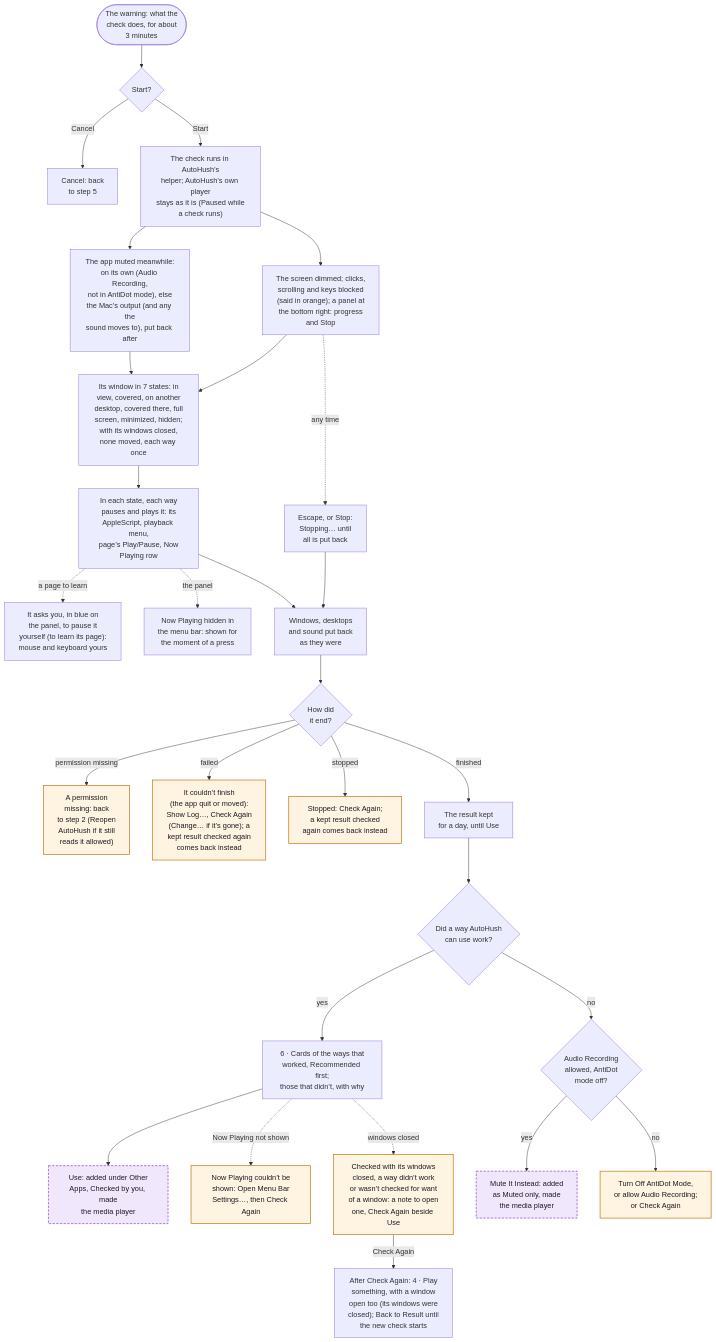
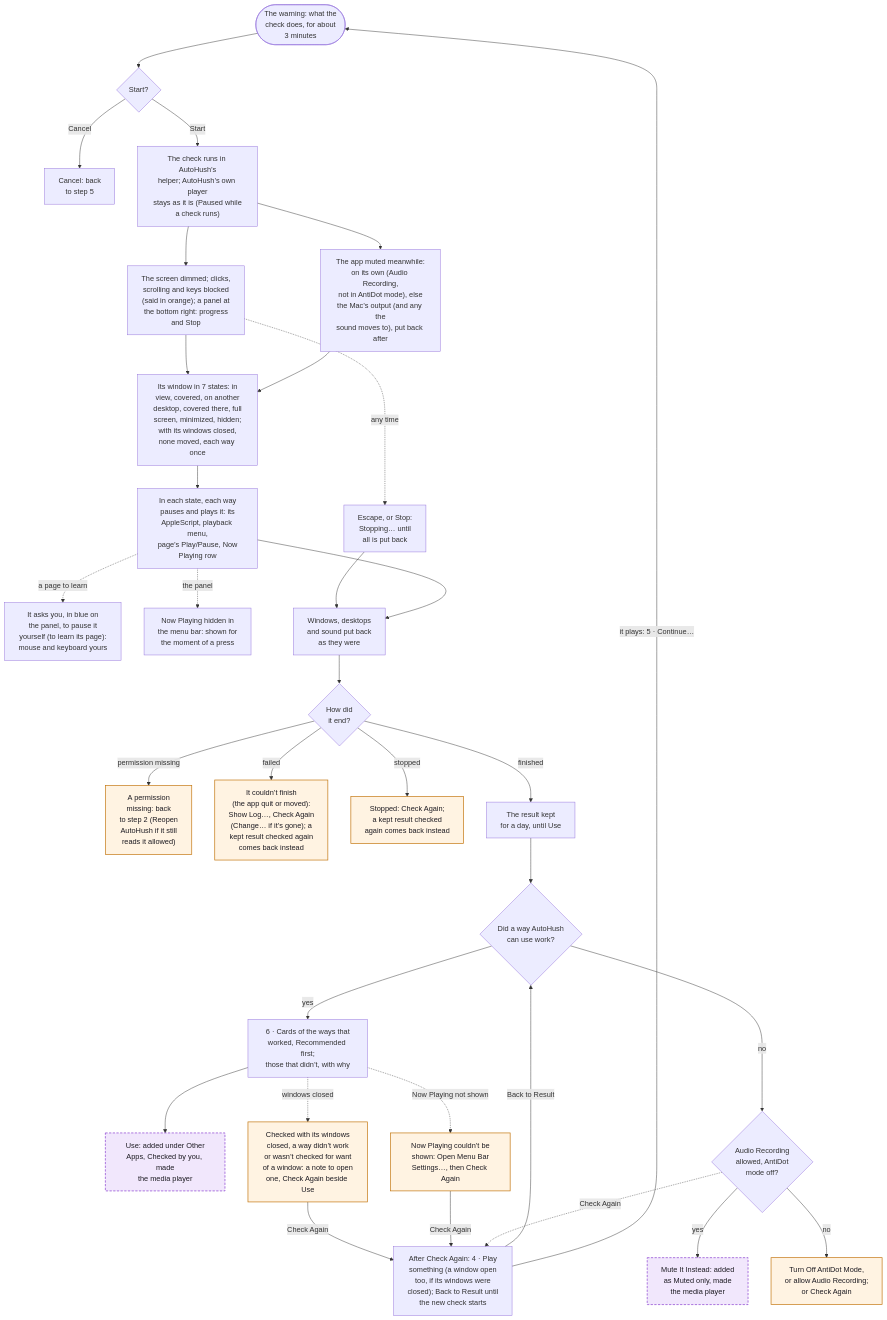
One commit to hfustercabre/AutoHush changed the tenth of 14 diagrams in WORKFLOWS.md. Above: the diagram before and after it, drawn with Mermaid. The commit also changed other lines of this file and 10 other files, not shown here.

````diff
--- a/WORKFLOWS.md
+++ b/WORKFLOWS.md
@@ -542,60 +542,64 @@
 ```mermaid
 flowchart TD
   WARN(["The warning: what the<br/>check does, for about<br/>3 minutes"])
   GO{"Start?"}
   BACK["Cancel: back<br/>to step 5"]
   RUN["The check runs in AutoHush’s<br/>helper; AutoHush’s own player<br/>stays as it is (Paused while<br/>a check runs)"]
   BLOCK["The screen dimmed; clicks,<br/>scrolling and keys blocked<br/>(said in orange); a panel at<br/>the bottom right: progress<br/>and Stop"]
   MUTE["The app muted meanwhile:<br/>on its own (Audio Recording,<br/>not in AntiDot mode), else<br/>the Mac’s output (and any the<br/>sound moves to), put back after"]
   STATES["Its window in 7 states: in<br/>view, covered, on another<br/>desktop, covered there, full<br/>screen, minimized, hidden;<br/>with its windows closed,<br/>none moved, each way once"]
   WAYS["In each state, each way<br/>pauses and plays it: its<br/>AppleScript, playback menu,<br/>page’s Play/Pause, Now<br/>Playing row"]
   ASK["It asks you, in blue on<br/>the panel, to pause it<br/>yourself (to learn its page):<br/>mouse and keyboard yours"]
   SHOW["Now Playing hidden in<br/>the menu bar: shown for<br/>the moment of a press"]
   STOP["Escape, or Stop:<br/>Stopping… until<br/>all is put back"]
   PUT["Windows, desktops<br/>and sound put back<br/>as they were"]
   HOW{"How did<br/>it end?"}
   PERM["A permission<br/>missing: back<br/>to step 2 (Reopen<br/>AutoHush if it still<br/>reads it allowed)"]
   FAIL["It couldn’t finish<br/>(the app quit or moved):<br/>Show Log…, Check Again<br/>(Change… if it’s gone); a<br/>kept result checked again<br/>comes back instead"]
   STOPPED["Stopped: Check Again;<br/>a kept result checked<br/>again comes back instead"]
   KEEP["The result kept<br/>for a day, until Use"]
   ANY{"Did a way AutoHush<br/>can use work?"}
   CARDS["6 · Cards of the ways that<br/>worked, Recommended first;<br/>those that didn’t, with why"]
   USE["Use: added under Other<br/>Apps, Checked by you, made<br/>the media player"]
   NPH["Now Playing couldn’t be<br/>shown: Open Menu Bar<br/>Settings…, then Check Again"]
   CLW["Checked with its windows<br/>closed, a way didn’t work<br/>or wasn’t checked for want<br/>of a window: a note to open<br/>one, Check Again beside Use"]
-  AGN["After Check Again: 4 · Play<br/>something, with a window<br/>open too (its windows were<br/>closed); Back to Result until<br/>the new check starts"]
+  AGN["After Check Again: 4 · Play<br/>something (a window open<br/>too, if its windows were<br/>closed); Back to Result until<br/>the new check starts"]
   MUT{"Audio Recording<br/>allowed, AntiDot<br/>mode off?"}
   MII["Mute It Instead: added<br/>as Muted only, made<br/>the media player"]
   ANTI["Turn Off AntiDot Mode,<br/>or allow Audio Recording;<br/>or Check Again"]
 
   WARN --> GO
   GO -->|"Cancel"| BACK
   GO -->|"Start"| RUN
   RUN --> BLOCK
   RUN --> MUTE
   BLOCK --> STATES
   MUTE --> STATES
   STATES --> WAYS
   WAYS -.->|"a page to learn"| ASK
   WAYS -.->|"the panel"| SHOW
   BLOCK -.->|"any time"| STOP
   STOP --> PUT
   WAYS --> PUT
   PUT --> HOW
   HOW -->|"finished"| KEEP --> ANY
   HOW -->|"permission missing"| PERM
   HOW -->|"failed"| FAIL
   HOW -->|"stopped"| STOPPED
   ANY -->|"yes"| CARDS --> USE
   CARDS -.->|"Now Playing not shown"| NPH
   CARDS -.->|"windows closed"| CLW
   CLW -->|"Check Again"| AGN
+  NPH -->|"Check Again"| AGN
+  MUT -.->|"Check Again"| AGN
+  AGN -->|"Back to Result"| ANY
+  AGN -->|"it plays: 5 · Continue…"| WARN
   ANY -->|"no"| MUT
   MUT -->|"yes"| MII
   MUT -->|"no"| ANTI
 
   class USE,MII ref
   class FAIL,STOPPED,PERM,NPH,CLW,ANTI warn
   classDef ref fill:#f1e7fc,stroke:#8a3fd1,stroke-width:1.5px,stroke-dasharray: 5 3,color:#1d1b22
   classDef warn fill:#fff3e2,stroke:#c47812,stroke-width:1.5px,color:#1d1b22
 ```
````
